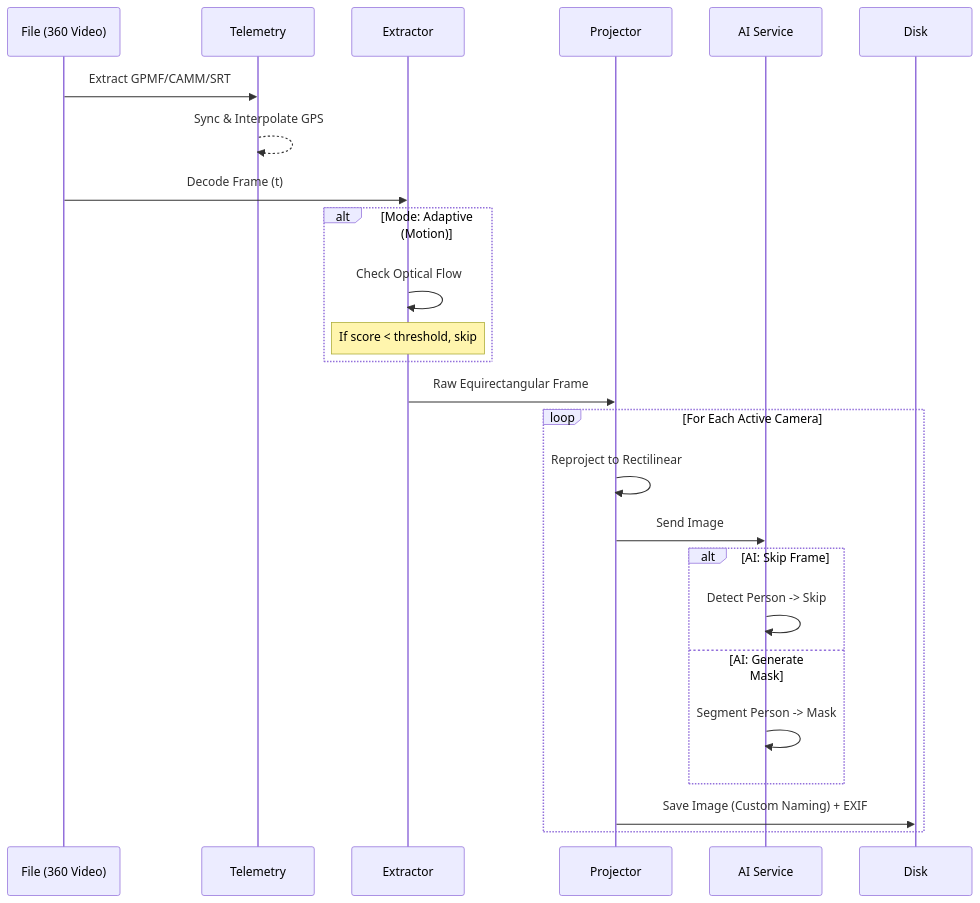
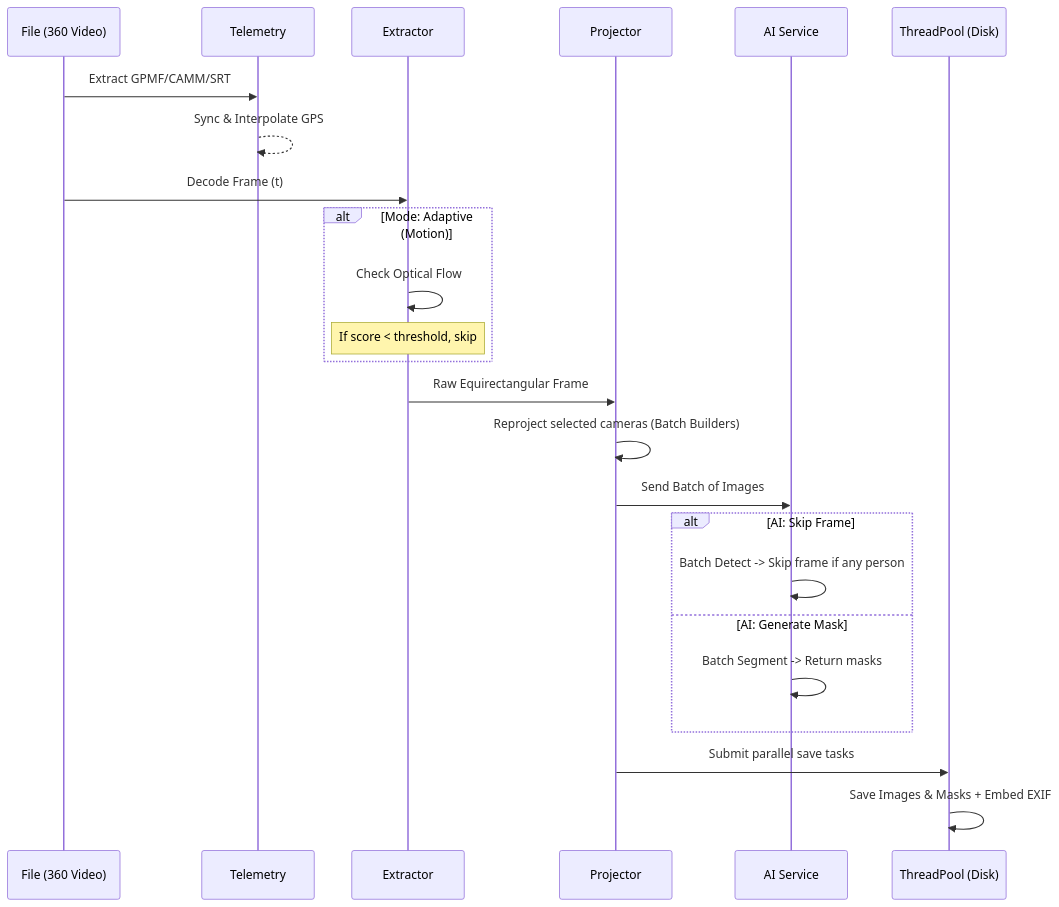
The second of 2 diagrams in ARCHITECTURE.md (nicolasdiolez/360Extractor), drawn with Mermaid before and after one commit. The commit also changed other lines of this file and 6 other files, not shown here.

````diff
--- a/ARCHITECTURE.md
+++ b/ARCHITECTURE.md
@@ -86,28 +87,29 @@
 ```mermaid
 sequenceDiagram
     participant F as File (360 Video)
     participant T as Telemetry
     participant E as Extractor
     participant P as Projector
     participant A as AI Service
-    participant D as Disk
+    participant IO as ThreadPool (Disk)
 
     F->>T: Extract GPMF/CAMM/SRT
     T-->>T: Sync & Interpolate GPS
     F->>E: Decode Frame (t)
     alt Mode: Adaptive (Motion)
         E->>E: Check Optical Flow
         note over E: If score < threshold, skip
     end
     E->>P: Raw Equirectangular Frame
-    loop For Each Active Camera
-        P->>P: Reproject to Rectilinear
-        P->>A: Send Image
-        alt AI: Skip Frame
-            A->>A: Detect Person -> Skip
-        else AI: Generate Mask
-            A->>A: Segment Person -> Mask
-        end
-        P->>D: Save Image (Custom Naming) + EXIF
+    
+    P->>P: Reproject selected cameras (Batch Builders)
+    P->>A: Send Batch of Images
+    alt AI: Skip Frame
+        A->>A: Batch Detect -> Skip frame if any person
+    else AI: Generate Mask
+        A->>A: Batch Segment -> Return masks
     end
+    
+    P->>IO: Submit parallel save tasks
+    IO->>IO: Save Images & Masks + Embed EXIF
 ```
````
